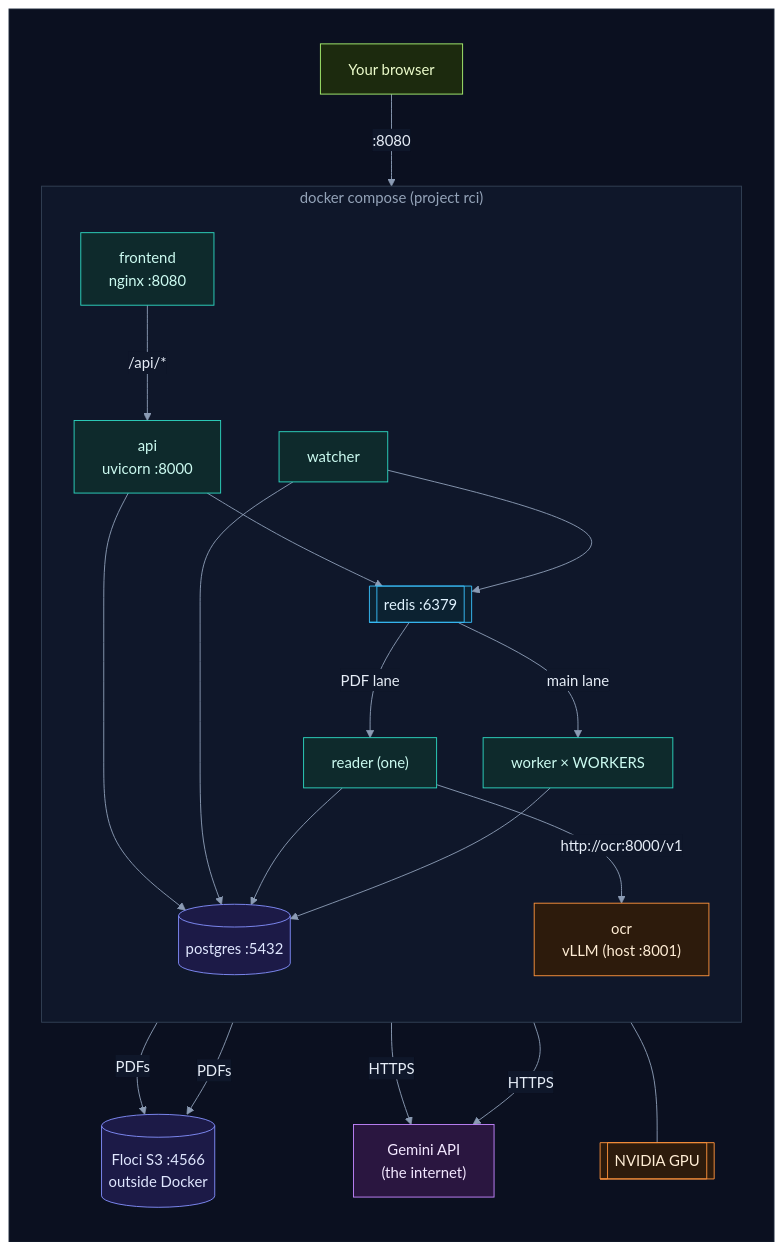
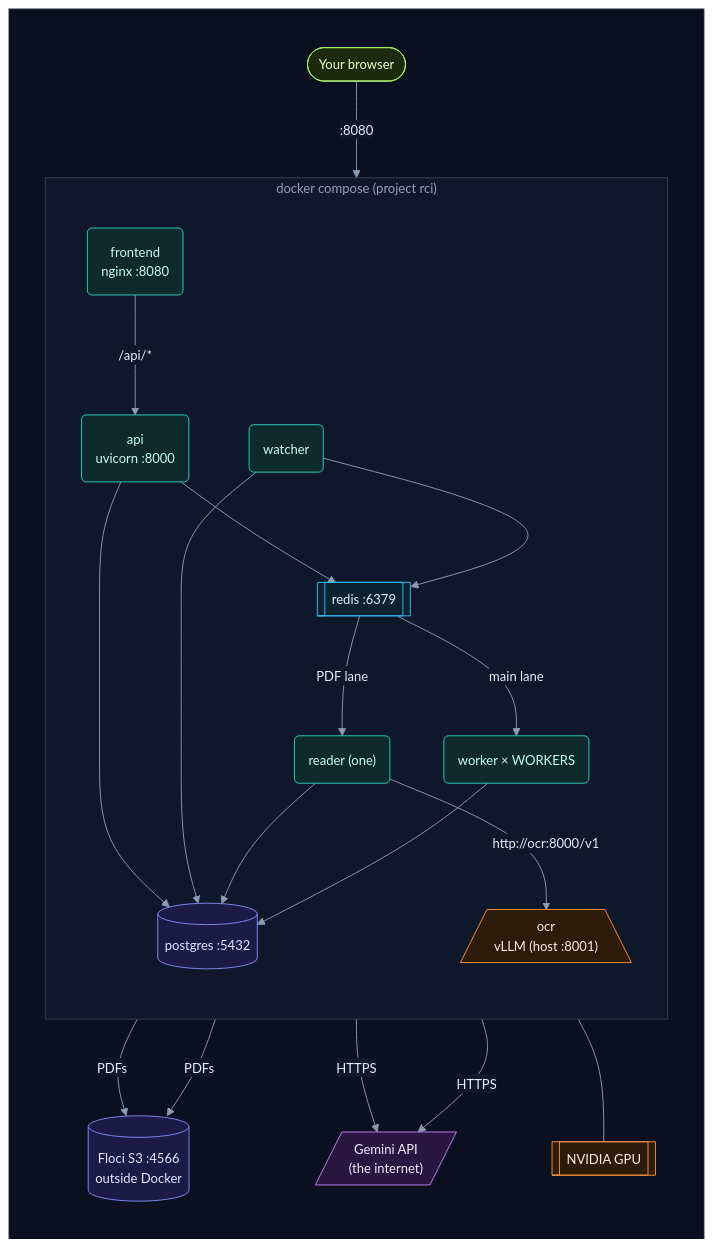
The fourth of 57 diagrams in how_it_works.md (selvakumarperumal/Regulatory_Circular_Impact_Agent), drawn with Mermaid before and after one commit. The commit also changed other lines of this file and 5 other files, not shown here.

Commit message:
Give the docs' flowcharts a shape per kind of part, more room and slightly smaller text

````diff
--- a/how_it_works.md
+++ b/how_it_works.md
@@ -254,44 +254,44 @@
 ```mermaid
-%%{init: {"theme": "base", "flowchart": {"diagramPadding": 0}, "themeVariables": {"darkMode": true, "primaryColor": "#16213a", "primaryTextColor": "#e6edf7", "primaryBorderColor": "#475a7a", "lineColor": "#8b9bb4", "secondaryColor": "#1b2436", "tertiaryColor": "#101a2e", "edgeLabelBackground": "#0f172a", "textColor": "#e2e8f0", "clusterBkg": "#0f1728", "clusterBorder": "#2b3a55", "titleColor": "#c4b5fd", "nodeTextColor": "#e6edf7"}}}%%
+%%{init: {"theme": "base", "flowchart": {"diagramPadding": 0, "nodeSpacing": 58, "rankSpacing": 58, "curve": "basis"}, "themeVariables": {"fontSize": "14px", "darkMode": true, "primaryColor": "#16213a", "primaryTextColor": "#e6edf7", "primaryBorderColor": "#475a7a", "lineColor": "#8b9bb4", "secondaryColor": "#1b2436", "tertiaryColor": "#101a2e", "edgeLabelBackground": "#0f172a", "textColor": "#e2e8f0", "clusterBkg": "#0f1728", "clusterBorder": "#2b3a55", "titleColor": "#c4b5fd", "nodeTextColor": "#e6edf7"}}}%%
 flowchart TD
     subgraph canvas[" "]
         direction TB
-        B["Your browser"] -->|":8080"| FE
+        B(["Your browser"]) -->|":8080"| FE
         subgraph compose["docker compose (project rci)"]
             direction TB
-            FE["frontend<br/>nginx :8080"] -->|"/api/*"| API["api<br/>uvicorn :8000"]
+            FE("frontend<br/>nginx :8080") -->|"/api/*"| API("api<br/>uvicorn :8000")
             API --> PG[("postgres :5432")]
             API --> RD[["redis :6379"]]
-            WA["watcher"] --> PG
+            WA("watcher") --> PG
             WA --> RD
-            RD -->|"PDF lane"| RE["reader (one)"]
-            RD -->|"main lane"| WK["worker × WORKERS"]
+            RD -->|"PDF lane"| RE("reader (one)")
+            RD -->|"main lane"| WK("worker × WORKERS")
             RE --> PG
             WK --> PG
-            RE -->|"http://ocr:8000/v1"| OC["ocr<br/>vLLM (host :8001)"]
+            RE -->|"http://ocr:8000/v1"| OC[/"ocr<br/>vLLM (host :8001)"\]
         end
         WA -->|"PDFs"| FL[("Floci S3 :4566<br/>outside Docker")]
         RE -->|"PDFs"| FL
-        RE -->|"HTTPS"| GEM["Gemini API<br/>(the internet)"]
+        RE -->|"HTTPS"| GEM[/"Gemini API<br/>(the internet)"/]
         WK -->|"HTTPS"| GEM
         OC --- GPU[["NVIDIA GPU"]]
     end
     classDef svc fill:#0e2a2c,stroke:#2dd4bf,color:#ccfbf1
     classDef data fill:#1c1a47,stroke:#818cf8,color:#e0e7ff
     classDef ext fill:#2a1640,stroke:#c084fc,color:#f3e8ff
     classDef gpu fill:#2d1b0c,stroke:#fb923c,color:#ffedd5
     classDef ask fill:#2a2410,stroke:#fbbf24,color:#fef3c7
     classDef ok fill:#0b2a1c,stroke:#34d399,color:#d1fae5
     classDef bad fill:#2e0f17,stroke:#fb7185,color:#ffe4e6
     classDef start fill:#1c2a0e,stroke:#a7ef6f,color:#ecfccb
     classDef muted fill:#1a2130,stroke:#64748b,color:#cbd5e1
     classDef queue fill:#0c2231,stroke:#38bdf8,color:#e0f2fe
     class B start
     class FE,API,WA,RE,WK svc
     class PG,FL data
     class RD queue
     class GEM ext
     class OC,GPU gpu
     style compose fill:#0f172a,stroke:#334155,color:#94a3b8
     style canvas fill:#0b1020,stroke:#1e293b,color:#0b1020
 ```
````
